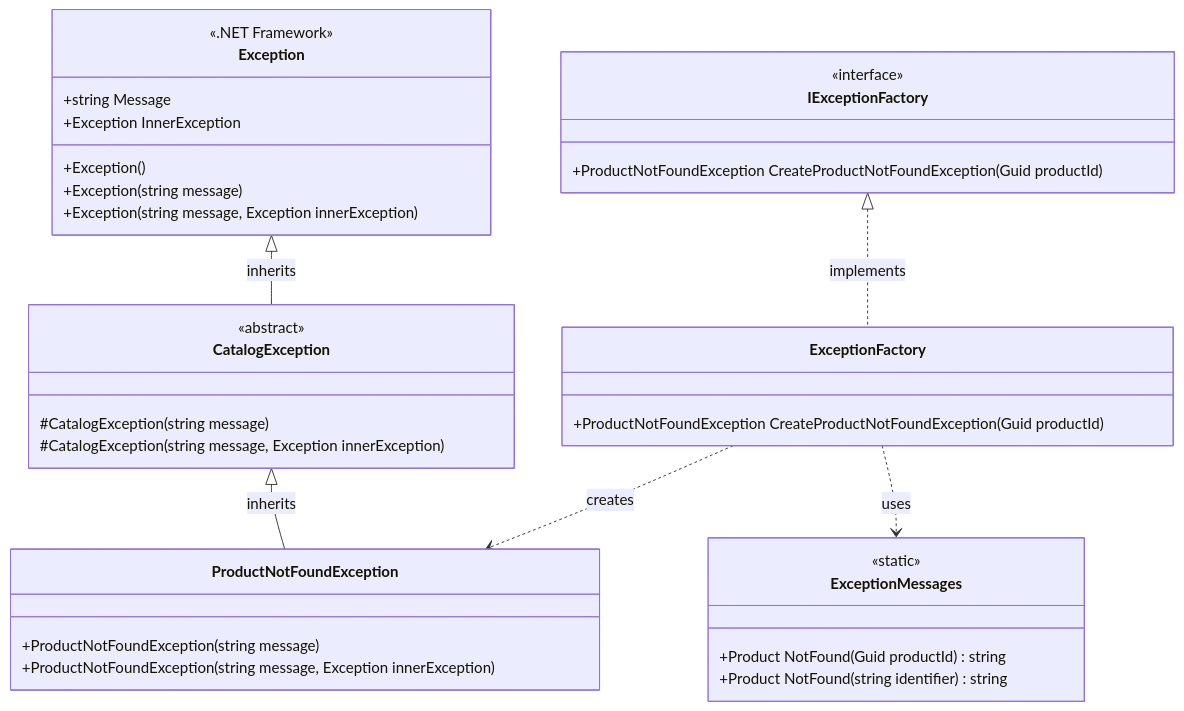
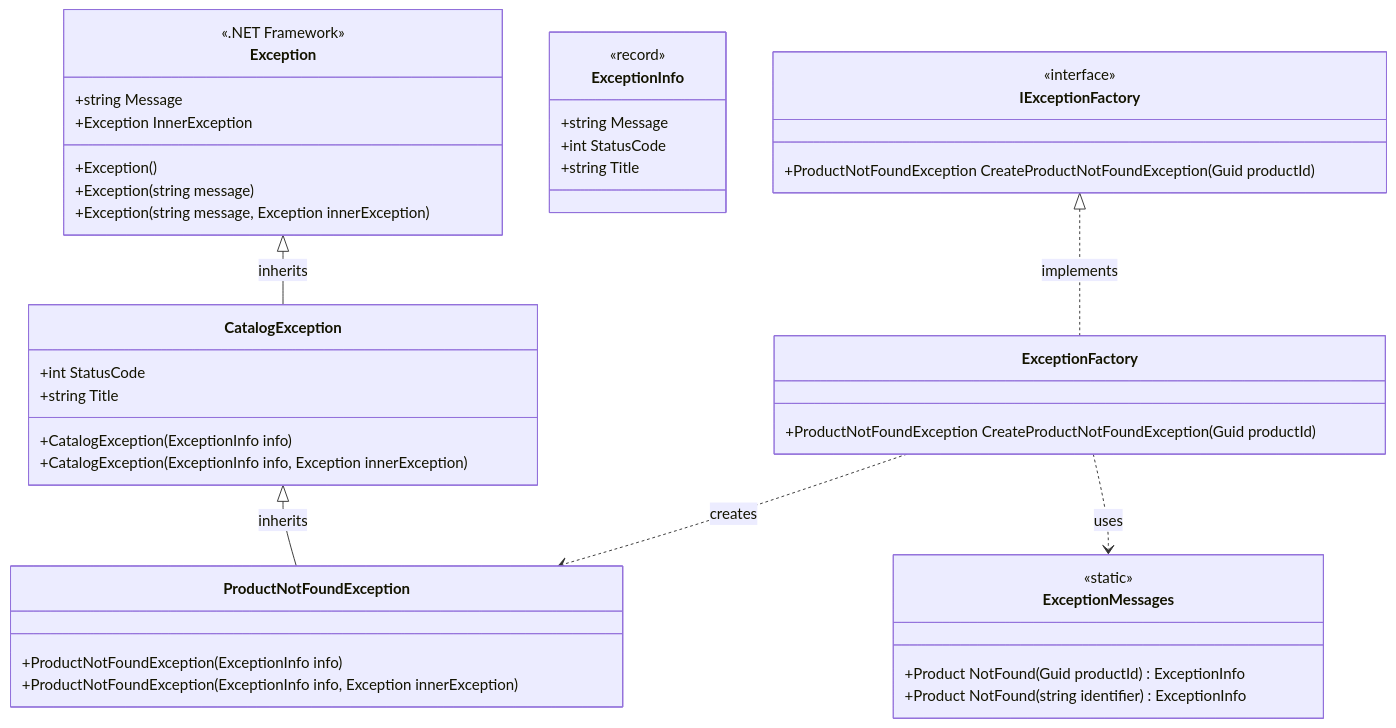
Before and after one commit to hamdyyemad/dotnet-microservices-ecommerce: the fifth of 5 diagrams in src/Services/Catalog/Catalog.API/Exceptions/README.md, drawn with Mermaid. The commit also changed other lines of this file and 12 other files, not shown here.

First line of the commit message:
feat: Refactor product update flow, enhance error handling, and fix infra config

````diff
--- a/src/Services/Catalog/Catalog.API/Exceptions/README.md
+++ b/src/Services/Catalog/Catalog.API/Exceptions/README.md
@@ -245,43 +264,51 @@
 ```mermaid
 classDiagram
     class Exception {
         <<.NET Framework>>
         +string Message
         +Exception InnerException
         +Exception()
         +Exception(string message)
         +Exception(string message, Exception innerException)
     }
 
+    class ExceptionInfo {
+        <<record>>
+        +string Message
+        +int StatusCode
+        +string Title
+    }
+
     class CatalogException {
-        <<abstract>>
-        #CatalogException(string message)
-        #CatalogException(string message, Exception innerException)
+        +int StatusCode
+        +string Title
+        +CatalogException(ExceptionInfo info)
+        +CatalogException(ExceptionInfo info, Exception innerException)
     }
 
     class ProductNotFoundException {
-        +ProductNotFoundException(string message)
-        +ProductNotFoundException(string message, Exception innerException)
+        +ProductNotFoundException(ExceptionInfo info)
+        +ProductNotFoundException(ExceptionInfo info, Exception innerException)
     }
 
     class ExceptionMessages {
         <<static>>
-        +Product NotFound(Guid productId) string
-        +Product NotFound(string identifier) string
+        +Product NotFound(Guid productId) ExceptionInfo
+        +Product NotFound(string identifier) ExceptionInfo
     }
 
     class IExceptionFactory {
         <<interface>>
         +ProductNotFoundException CreateProductNotFoundException(Guid productId)
     }
 
     class ExceptionFactory {
         +ProductNotFoundException CreateProductNotFoundException(Guid productId)
     }
 
     Exception <|-- CatalogException : inherits
     CatalogException <|-- ProductNotFoundException : inherits
     IExceptionFactory <|.. ExceptionFactory : implements
     ExceptionFactory ..> ExceptionMessages : uses
     ExceptionFactory ..> ProductNotFoundException : creates
 ```
````
